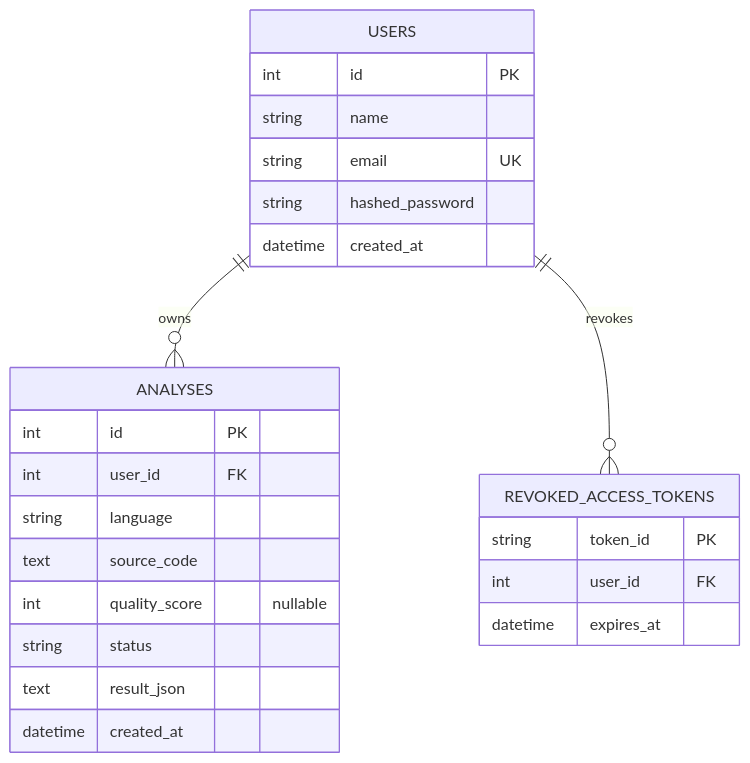
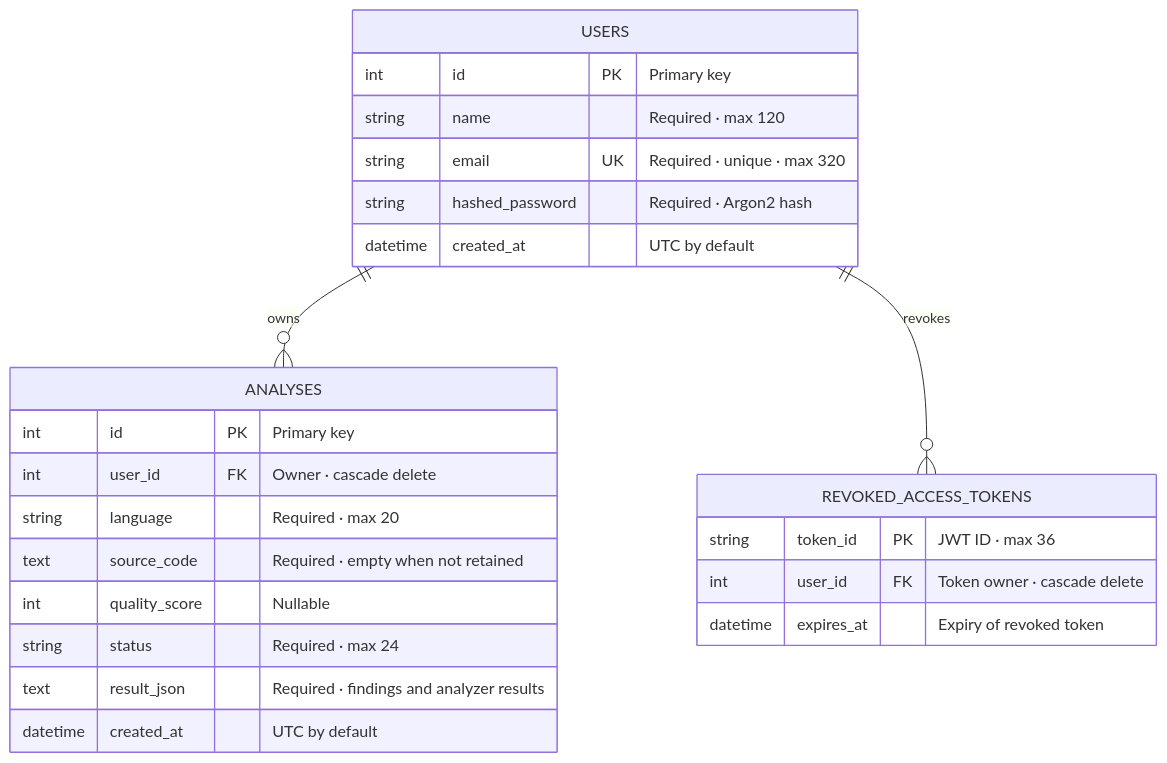
One commit to rhr10082004/CodeLens---AI changed the diagram in docs/ERD.md. Above: the diagram before and after it, drawn with Mermaid. The commit also changed other lines of this file and 2 other files, not shown here.

Commit message:
Redesign architecture and ER diagrams

````diff
--- a/docs/ERD.md
+++ b/docs/ERD.md
@@ -5,30 +5,30 @@
 ```mermaid
 erDiagram
     USERS {
-        int id PK
-        string name
-        string email UK
-        string hashed_password
-        datetime created_at
+        int id PK "Primary key"
+        string name "Required · max 120"
+        string email UK "Required · unique · max 320"
+        string hashed_password "Required · Argon2 hash"
+        datetime created_at "UTC by default"
     }
 
     ANALYSES {
-        int id PK
-        int user_id FK
-        string language
-        text source_code
-        int quality_score "nullable"
-        string status
-        text result_json
-        datetime created_at
+        int id PK "Primary key"
+        int user_id FK "Owner · cascade delete"
+        string language "Required · max 20"
+        text source_code "Required · empty when not retained"
+        int quality_score "Nullable"
+        string status "Required · max 24"
+        text result_json "Required · findings and analyzer results"
+        datetime created_at "UTC by default"
     }
 
     REVOKED_ACCESS_TOKENS {
-        string token_id PK
-        int user_id FK
-        datetime expires_at
+        string token_id PK "JWT ID · max 36"
+        int user_id FK "Token owner · cascade delete"
+        datetime expires_at "Expiry of revoked token"
     }
 
     USERS ||--o{ ANALYSES : owns
     USERS ||--o{ REVOKED_ACCESS_TOKENS : revokes
 ```
````
